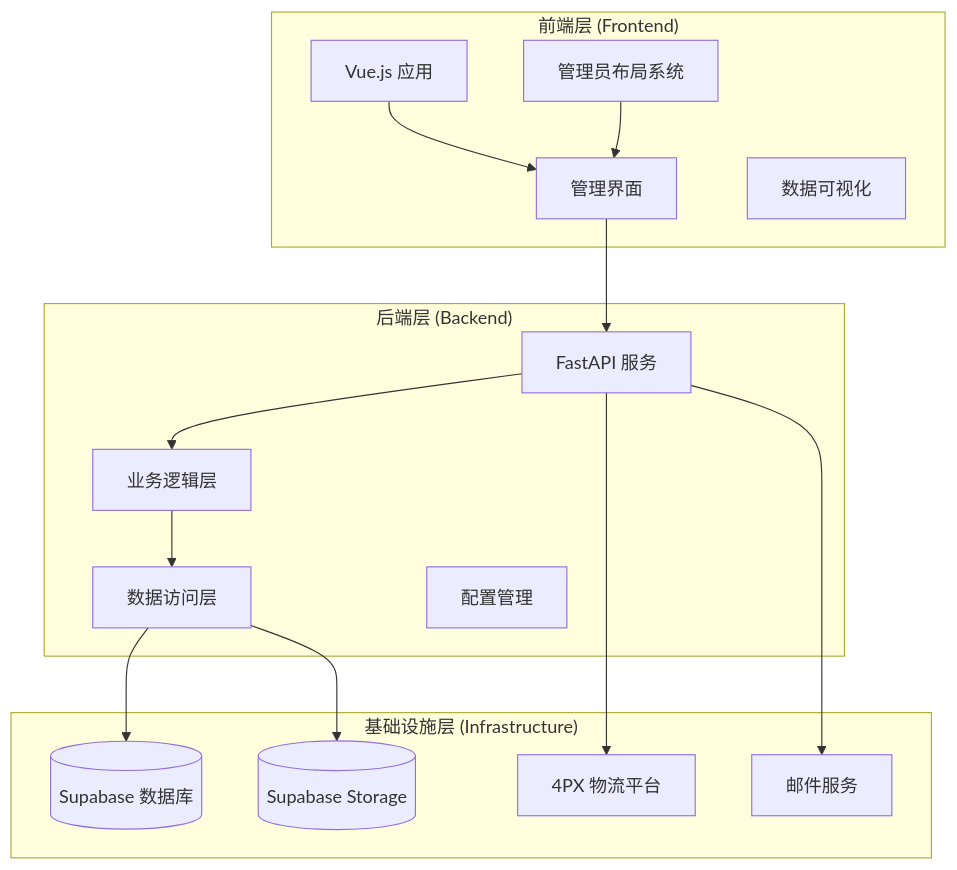
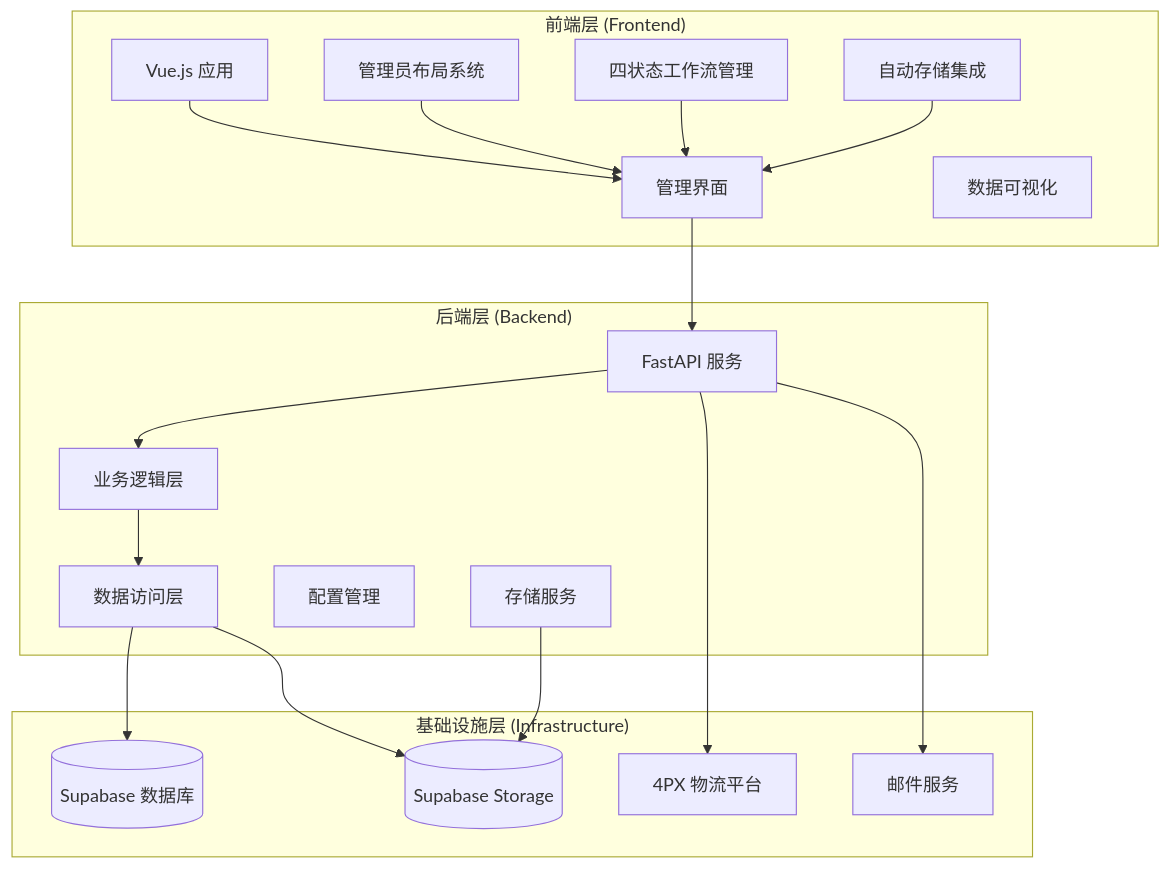
One commit to SY6621/POD-Order-Management changed the first of 20 diagrams in .qoder/repowiki/zh/content/开发指南/管理面板功能增强.md. Above: the diagram before and after it, drawn with Mermaid. The commit also changed other lines of this file and 8 other files, not shown here.

````diff
--- a/.qoder/repowiki/zh/content/开发指南/管理面板功能增强.md
+++ b/.qoder/repowiki/zh/content/开发指南/管理面板功能增强.md
@@ -69,30 +75,36 @@
 ```mermaid
 graph TB
 subgraph "前端层 (Frontend)"
 FE1[Vue.js 应用]
 FE2[管理界面]
 FE3[数据可视化]
 FE4[管理员布局系统]
+FE5[四状态工作流管理]
+FE6[自动存储集成]
 end
 subgraph "后端层 (Backend)"
 BE1[FastAPI 服务]
 BE2[业务逻辑层]
 BE3[数据访问层]
 BE4[配置管理]
+BE5[存储服务]
 end
 subgraph "基础设施层 (Infrastructure)"
 DB[(Supabase 数据库)]
 ST[(Supabase Storage)]
 LP[4PX 物流平台]
 EM[邮件服务]
 end
 FE1 --> FE2
 FE2 --> BE1
 FE4 --> FE2
+FE5 --> FE2
+FE6 --> FE2
 BE1 --> BE2
 BE2 --> BE3
 BE3 --> DB
 BE3 --> ST
 BE1 --> LP
 BE1 --> EM
+BE5 --> ST
 ```
````
